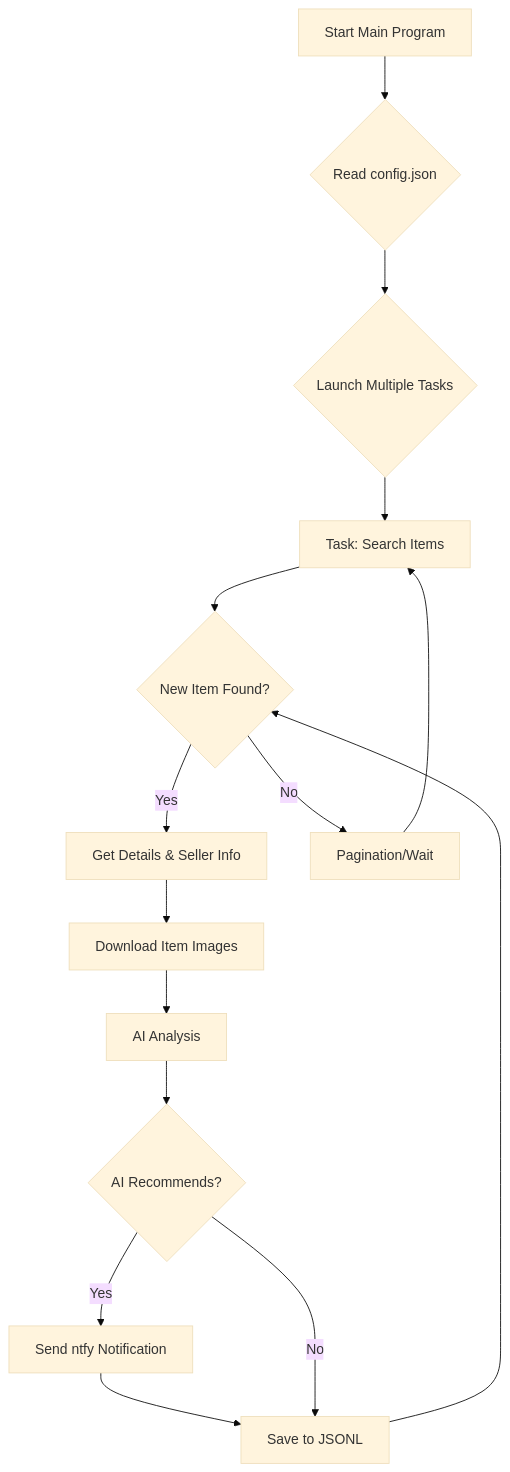
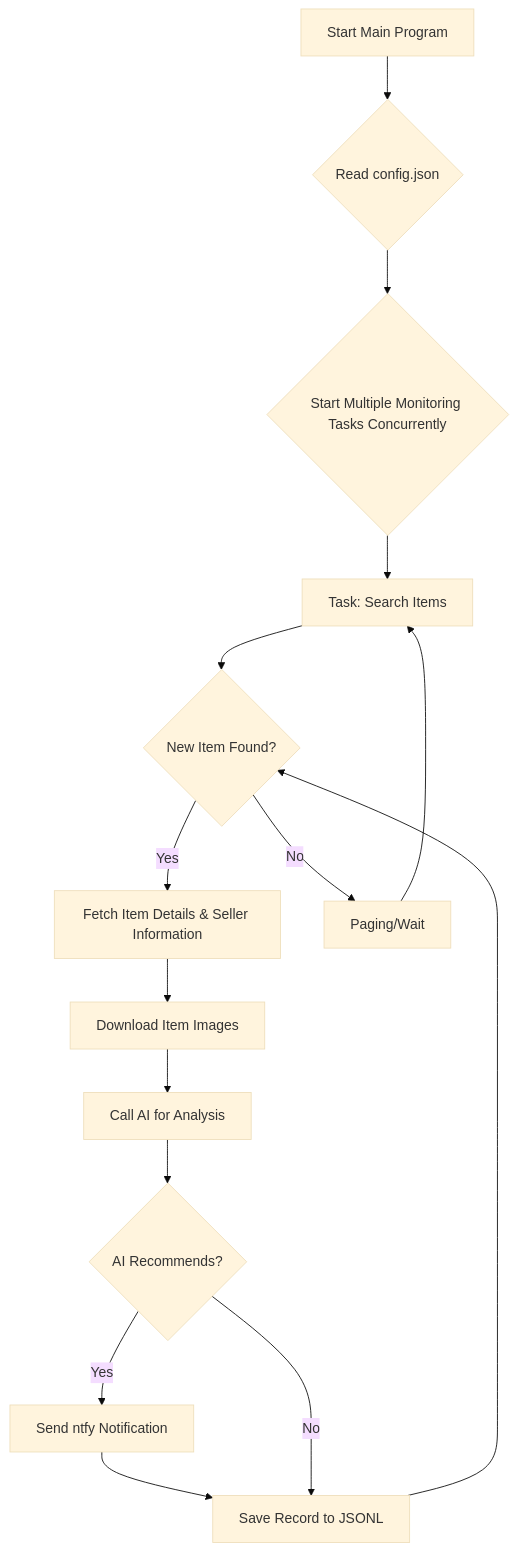
Before and after one commit to saurav-z/repo-docs: the diagram in docs/dingyufei615-ai-goofish-monitor.md, drawn with Mermaid (base theme). The commit also changed other lines of this file and 171 other files, not shown here.

````diff
--- a/docs/dingyufei615-ai-goofish-monitor.md
+++ b/docs/dingyufei615-ai-goofish-monitor.md
@@ -157,17 +177,17 @@
 ```mermaid
 graph TD
     A[Start Main Program] --> B{Read config.json};
-    B --> C{Launch Multiple Tasks};
+    B --> C{Start Multiple Monitoring Tasks Concurrently};
     C --> D[Task: Search Items];
     D --> E{New Item Found?};
-    E -- Yes --> F[Get Details & Seller Info];
+    E -- Yes --> F[Fetch Item Details & Seller Information];
     F --> G[Download Item Images];
-    G --> H[AI Analysis];
+    G --> H[Call AI for Analysis];
     H --> I{AI Recommends?};
     I -- Yes --> J[Send ntfy Notification];
-    J --> K[Save to JSONL];
+    J --> K[Save Record to JSONL];
     I -- No --> K;
-    E -- No --> L[Pagination/Wait];
+    E -- No --> L[Paging/Wait];
     L --> D;
     K --> E;
 ```
````
